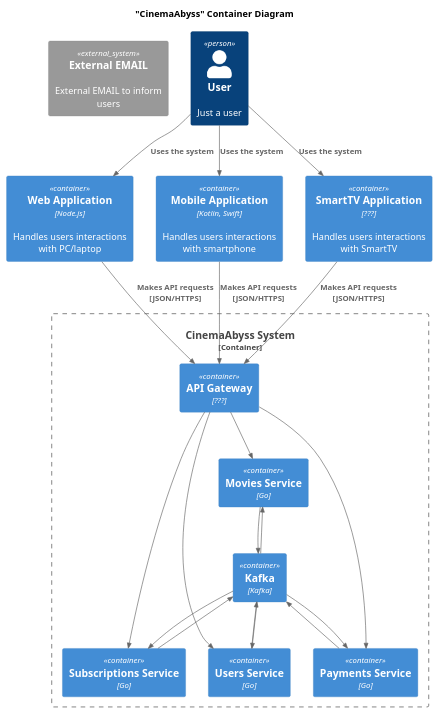
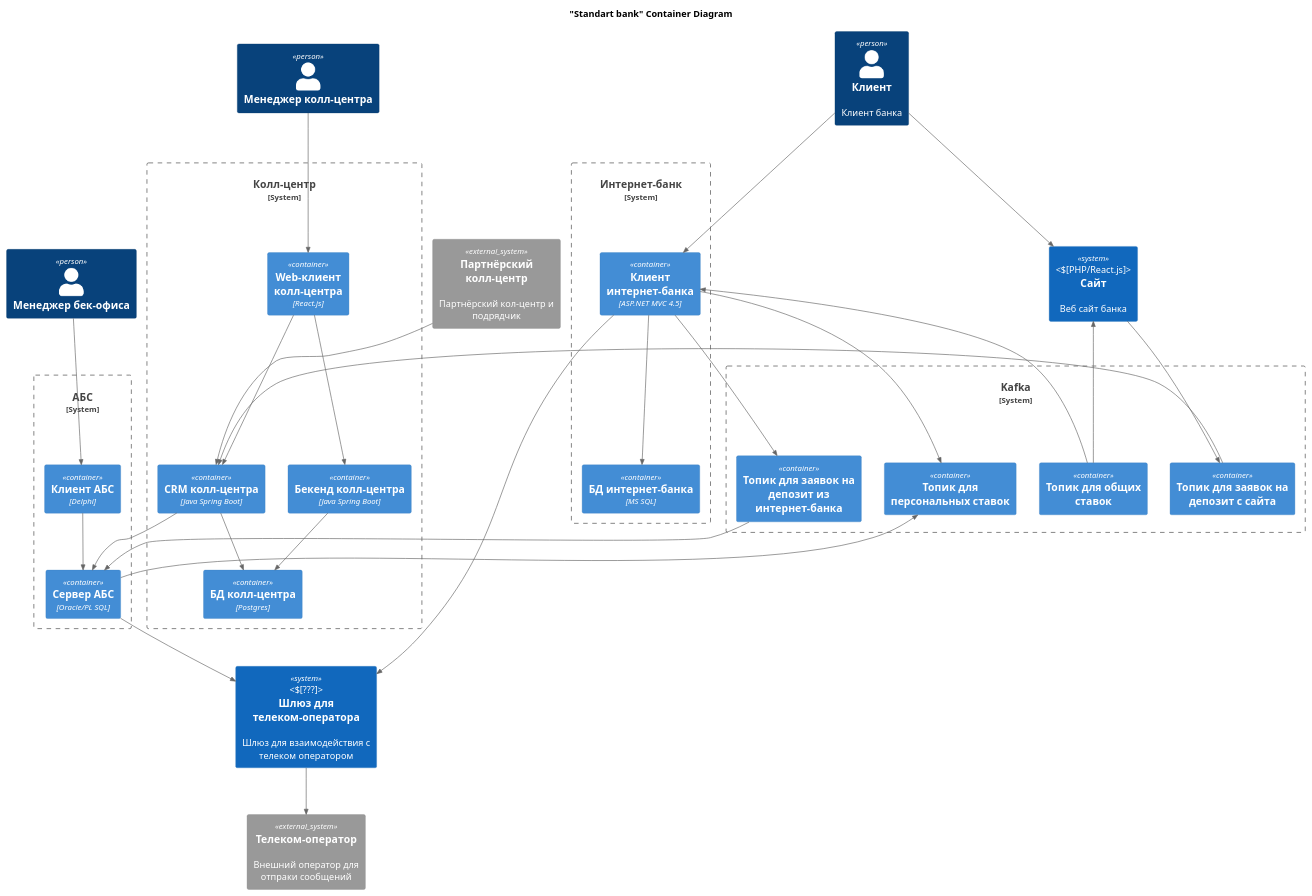
One commit to mEssiaHofDarK/architecture-standart changed the diagram in Task 3/container.puml. Above: the diagram before and after it, drawn with PlantUML. The commit also changed 1 other file, not shown here.

```diff
--- a/Task 3/container.puml
+++ b/Task 3/container.puml
@@ -1,46 +1,79 @@
 @startuml
-title "CinemaAbyss" Container Diagram
+title "Standart bank" Container Diagram
 top to bottom direction
 !include <C4/C4_Container>
 
-System_Ext(external_email, "External EMAIL", "External EMAIL to inform users")
+System_Ext(telecom, "Телеком-оператор", "Внешний оператор для отпраки сообщений")
+System_Ext(ext_call_center, "Партнёрский колл-центр", "Партнёрский кол-центр и подрядчик")
 
-Person(user, "User", "Just a user")
+Person(cust, "Клиент", "Клиент банка")
+Person(mng_call, "Менеджер колл-центра", "")
+Person(mng_backoff, "Менеджер бек-офиса", "")
 
-Container(WebApp, "Web Application", "Node.js", "Handles users interactions with PC/laptop")
-Container(MobileApp, "Mobile Application", "Kotlin, Swift", "Handles users interactions with smartphone")
-Container(SmartTVApp, "SmartTV Application", "???", "Handles users interactions with SmartTV")
+System(website,"Сайт","Веб сайт банка","[PHP/React.js]")
+System(telecom_gateway,"Шлюз для телеком-оператора","Шлюз для взаимодействия с телеком оператором","[???]")
 
-Container_Boundary(CinemaAbyssSystem, "CinemaAbyss System") {
-  Container(api_gateway_service, "API Gateway", "???", "")
-  Container(movies_service, "Movies Service", "Go", "")
-  Container(users_service, "Users Service", "Go", "")
-  Container(payments_service, "Payments Service", "Go", "")
-  Container(subscriptions_service, "Subscriptions Service", "Go", "")
-  Container(kafka, "Kafka", "Kafka", "")
+System_Boundary(call_center, "Колл-центр") {
+    Container(call_center_web, "Web-клиент колл-центра", "React.js", "")
+    Container(call_center_back, "Бекенд колл-центра", "Java Spring Boot", "")
+    Container(call_center_crm, "CRM колл-центра", "Java Spring Boot", "")
+    Container(call_center_db, "БД колл-центра", "Postgres", "")
+}
+System_Boundary(kafka, "Kafka") {
+    Container(topic_requests_site, "Топик для заявок на депозит с сайта", "", "")
+    Container(topic_requests_inter_bank, "Топик для заявок на депозит из интернет-банка", "", "")
+    Container(topic_personal_rates, "Топик для персональных ставок", "", "")
+    Container(topic_common_rates, "Топик для общих ставок", "", "")
+}
+System_Boundary(abs, "АБС") {
+    Container(abs_client, "Клиент АБС", "Delphi", "")
+    Container(abs_server, "Сервер АБС", "Oracle/PL SQL", "")
+}
+System_Boundary(internet_bank, "Интернет-банк") {
+  Container(internet_bank_client, "Клиент интернет-банка", "ASP.NET MVC 4.5", "")
+  Container(internet_bank_db, "БД интернет-банка", "MS SQL", "")
 }
 
 
-Rel(user, WebApp, "Uses the system")
-Rel(user, MobileApp, "Uses the system")
-Rel(user, SmartTVApp, "Uses the system")
+Rel(cust, website, "")
+Rel(cust, internet_bank_client, "")
 
-Rel(WebApp, api_gateway_service, "Makes API requests [JSON/HTTPS]")
-Rel(MobileApp, api_gateway_service, "Makes API requests [JSON/HTTPS]")
-Rel(SmartTVApp, api_gateway_service, "Makes API requests [JSON/HTTPS]")
+Rel(mng_call, call_center_web, "")
 
-Rel(api_gateway_service, movies_service, "")
-Rel(api_gateway_service, users_service, "")
-Rel(api_gateway_service, payments_service, "")
-Rel(api_gateway_service, subscriptions_service, "")
+Rel(mng_backoff, abs_client, "")
 
-Rel(users_service, kafka, "")
-Rel(movies_service, kafka, "")
-Rel(payments_service, kafka, "")
-Rel(subscriptions_service, kafka, "")
 
-Rel(kafka, users_service, "")
-Rel(kafka, movies_service, "")
-Rel(kafka, payments_service, "")
-Rel(kafka, subscriptions_service, "")
+Rel(website, topic_requests_site, "")
+
+
+Rel(internet_bank_client, topic_personal_rates, "")
+Rel(internet_bank_client, topic_requests_inter_bank, "")
+Rel(internet_bank_client, internet_bank_db, "")
+Rel(internet_bank_client, telecom_gateway, "")
+
+
+Rel(call_center_web, call_center_back, "")
+Rel(call_center_web, call_center_crm, "")
+Rel(call_center_crm, call_center_db, "")
+Rel(call_center_back, call_center_db, "")
+
+Rel(call_center_crm, abs_server, "")
+
+
+Rel(abs_client, abs_server, "")
+
+Rel(abs_server, topic_personal_rates, "")
+Rel(abs_server, telecom_gateway, "")
+
+
+Rel(telecom_gateway, telecom, "")
+
+
+Rel(topic_common_rates, website, "")
+Rel(topic_common_rates, internet_bank_client, "")
+
+Rel(topic_requests_site, call_center_crm, "")
+Rel(topic_requests_inter_bank, abs_server, "")
+
+Rel(ext_call_center, call_center_crm, "")
 @enduml
```
